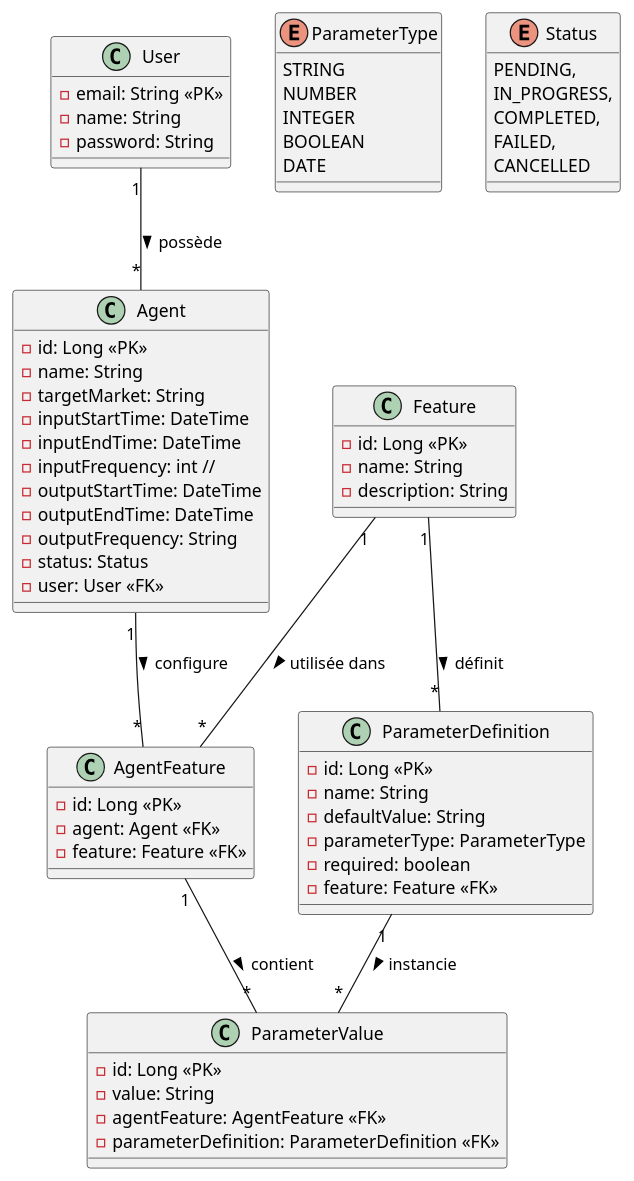
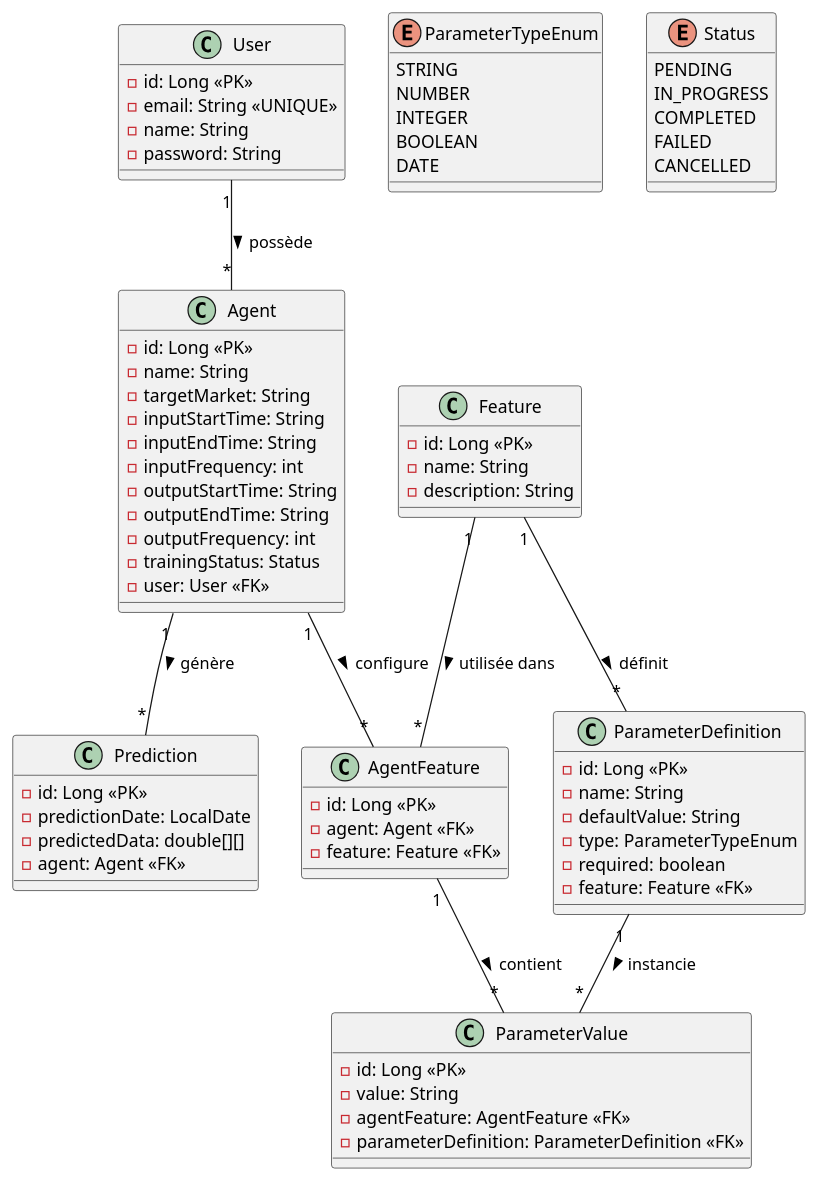
Before and after one commit to tradefi-2025/demo_ai_back: the diagram in docs/bdd_demo.puml, drawn with PlantUML. The commit also changed 13 other files, not shown here.

Commit message:
Agent- dashboard API prediction(predict and get predictions par user) / table prediction / http client

```diff
--- a/docs/bdd_demo.puml
+++ b/docs/bdd_demo.puml
@@ -1,75 +1,84 @@
 @startuml
 ' Entités principales
 class User {
-  -email: String <<PK>>
+  -id: Long <<PK>>
+  -email: String <<UNIQUE>>
   -name: String
   -password: String
 }
 
 class Agent {
   -id: Long <<PK>>
   -name: String
   -targetMarket: String
-  -inputStartTime: DateTime
-  -inputEndTime: DateTime
-  -inputFrequency: int //
-  -outputStartTime: DateTime
-  -outputEndTime: DateTime
-  -outputFrequency: String
-  -status: Status
+  -inputStartTime: String
+  -inputEndTime: String
+  -inputFrequency: int
+  -outputStartTime: String
+  -outputEndTime: String
+  -outputFrequency: int
+  -trainingStatus: Status
   -user: User <<FK>>
 }
 
 class Feature {
   -id: Long <<PK>>
   -name: String
   -description: String
 }
 
 class ParameterDefinition {
   -id: Long <<PK>>
   -name: String
   -defaultValue: String
-  -parameterType: ParameterType
+  -type: ParameterTypeEnum
   -required: boolean
   -feature: Feature <<FK>>
 }
 
-enum ParameterType {
+enum ParameterTypeEnum {
   STRING
   NUMBER
   INTEGER
   BOOLEAN
   DATE
 }
 
 enum Status {
-    PENDING,
-    IN_PROGRESS,
-    COMPLETED,
-    FAILED,
-    CANCELLED
+  PENDING
+  IN_PROGRESS
+  COMPLETED
+  FAILED
+  CANCELLED
 }
 
 class AgentFeature {
   -id: Long <<PK>>
   -agent: Agent <<FK>>
   -feature: Feature <<FK>>
 }
 
 class ParameterValue {
   -id: Long <<PK>>
   -value: String
   -agentFeature: AgentFeature <<FK>>
   -parameterDefinition: ParameterDefinition <<FK>>
 }
 
+class Prediction {
+  -id: Long <<PK>>
+  -predictionDate: LocalDate
+  -predictedData: double[][]
+  -agent: Agent <<FK>>
+}
+
 ' Relations entre entités
 User "1" -- "*" Agent : possède >
 Agent "1" -- "*" AgentFeature : configure >
+Agent "1" -- "*" Prediction : génère >
 Feature "1" -- "*" AgentFeature : utilisée dans >
 Feature "1" -- "*" ParameterDefinition : définit >
 AgentFeature "1" -- "*" ParameterValue : contient >
 ParameterDefinition "1" -- "*" ParameterValue : instancie >
 
 @enduml
```
